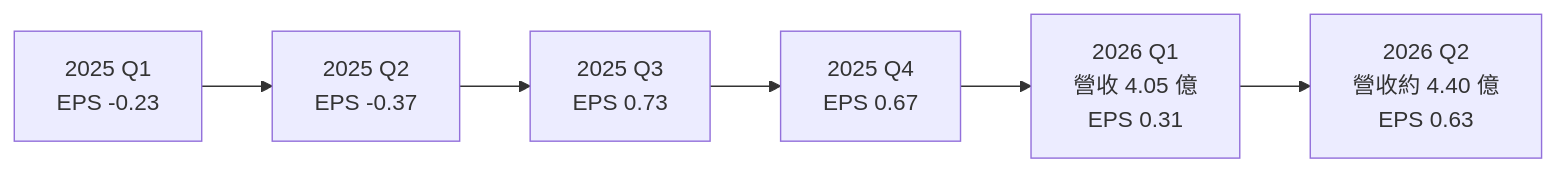
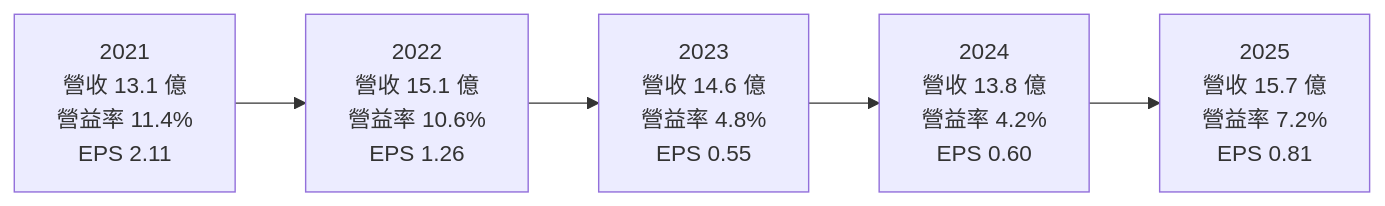
Before and after one commit to wangnick1004/taiwan-stock-vault: the third of 4 diagrams in 個股/台股/3581博磊.md, drawn with Mermaid. The commit also changed other lines of this file and 142 other files, not shown here.

````diff
--- a/個股/台股/3581博磊.md
+++ b/個股/台股/3581博磊.md
@@ -134,4 +140,4 @@
 ```mermaid
 flowchart LR
-    A["2025 Q1<br/>EPS -0.23"] --> B["2025 Q2<br/>EPS -0.37"] --> C["2025 Q3<br/>EPS 0.73"] --> D["2025 Q4<br/>EPS 0.67"] --> E["2026 Q1<br/>營收 4.05 億<br/>EPS 0.31"] --> F["2026 Q2<br/>營收約 4.40 億<br/>EPS 0.63"]
+    A["2021<br/>營收 13.1 億<br/>營益率 11.4%<br/>EPS 2.11"] --> B["2022<br/>營收 15.1 億<br/>營益率 10.6%<br/>EPS 1.26"] --> C["2023<br/>營收 14.6 億<br/>營益率 4.8%<br/>EPS 0.55"] --> D["2024<br/>營收 13.8 億<br/>營益率 4.2%<br/>EPS 0.60"] --> E["2025<br/>營收 15.7 億<br/>營益率 7.2%<br/>EPS 0.81"]
 ```
````
